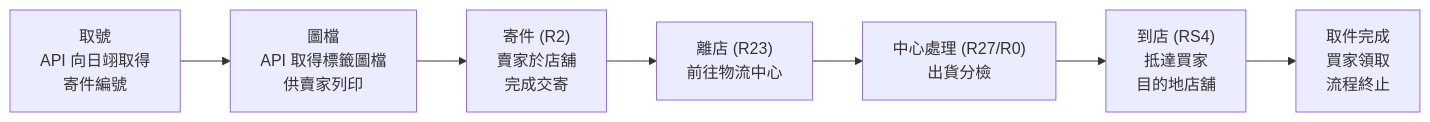
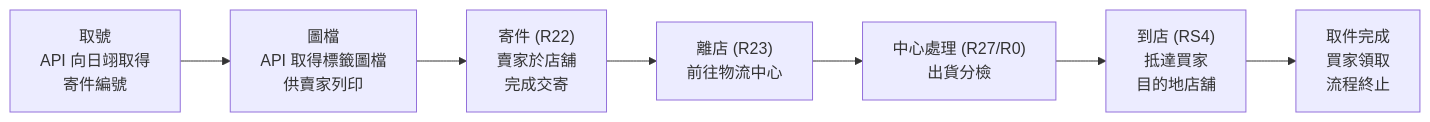
The first of 2 diagrams in docs/contract/logistics-api.md (stella572322/famistore-doc), drawn with Mermaid before and after one commit. The commit also changed other lines of this file, not shown here.

Commit message:
fix: 寄件貨態代碼 R2 更正為 R22

````diff
--- a/docs/contract/logistics-api.md
+++ b/docs/contract/logistics-api.md
@@ -24,9 +24,9 @@
 ```mermaid
 flowchart LR
     A["取號<br/>API 向日翊取得<br/>寄件編號"] --> B["圖檔<br/>API 取得標籤圖檔<br/>供賣家列印"]
-    B --> C["寄件 (R2)<br/>賣家於店舖<br/>完成交寄"]
+    B --> C["寄件 (R22)<br/>賣家於店舖<br/>完成交寄"]
     C --> D["離店 (R23)<br/>前往物流中心"]
     D --> E["中心處理 (R27/R0)<br/>出貨分檢"]
     E --> F["到店 (RS4)<br/>抵達買家<br/>目的地店舖"]
     F --> G["取件完成<br/>買家領取<br/>流程終止"]
 ```
````
